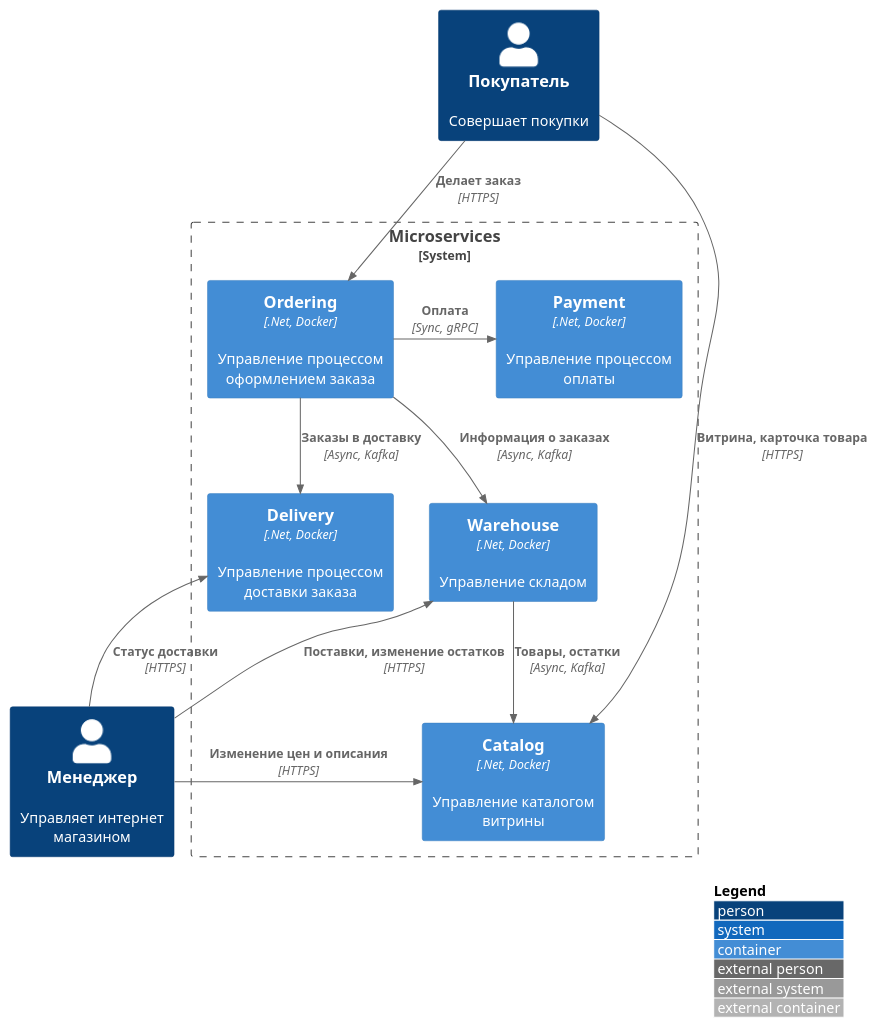
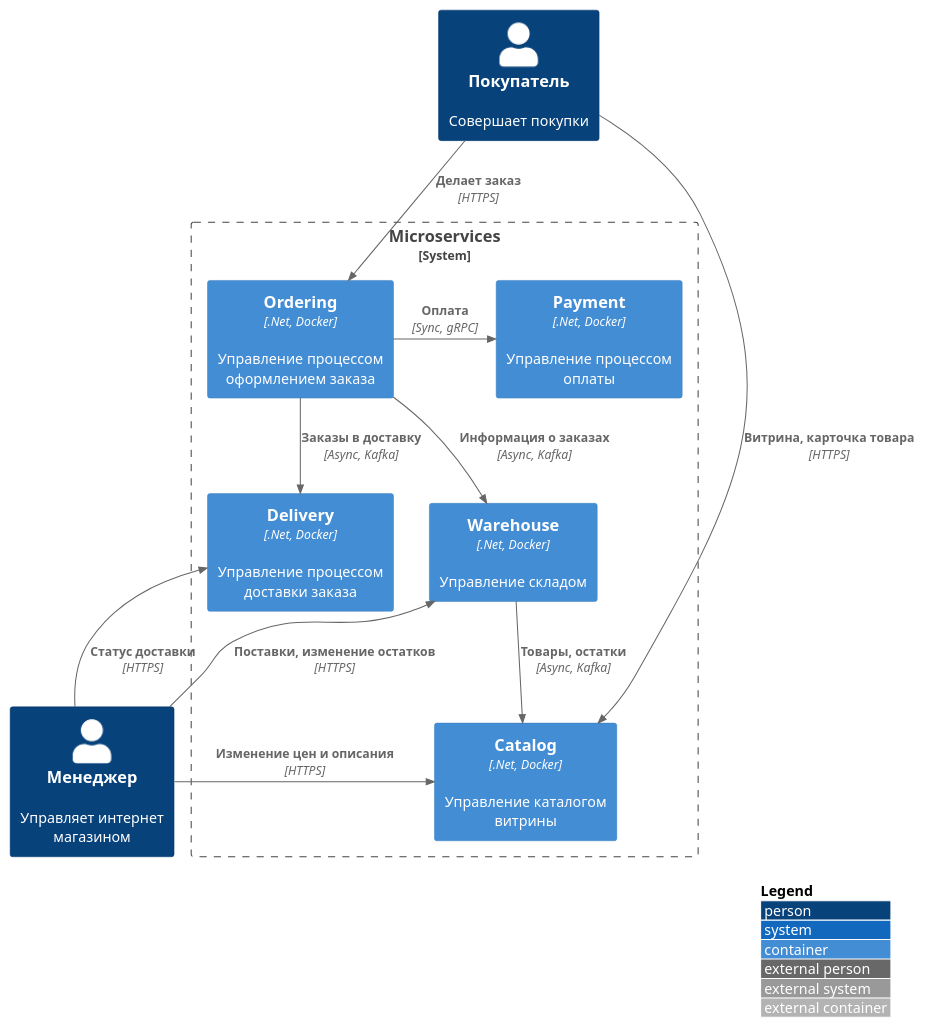
One commit to gerzhan/knigaexpert-system-design changed the third of 4 diagrams in README.md. Above: the diagram before and after it, drawn with PlantUML.

````diff
--- a/README.md
+++ b/README.md
@@ -102,32 +102,33 @@
 ```plantuml
 !include https://raw.githubusercontent.com/plantuml-stdlib/C4-PlantUML/master/C4_Container.puml
 
 skinparam wrapWidth 200
 skinparam maxMessageSize 200
 
 LAYOUT_TOP_DOWN()
 LAYOUT_WITH_LEGEND()
 
 Person(customer, Покупатель, "Совершает покупки")
 Person(manager, Менеджер, "Управляет интернет магазином")
 System_Boundary(microservices, "Microservices") {
   Container(ordering, "Ordering", ".Net, Docker", "Управление процессом оформлением заказа")
   Rel(customer, ordering, "Делает заказ", "HTTPS")  
 
   Container(warehouse, "Warehouse", ".Net, Docker", "Управление складом")
   Rel(ordering, warehouse, "Информация о заказах", "Async, Kafka")
   Rel(manager, warehouse, "Поставки, изменение остатков", "HTTPS")
 
   Container(catalog, "Catalog", ".Net, Docker", "Управление каталогом витрины")
   Rel(warehouse, catalog, "Товары, остатки", "Async, Kafka")
   Rel(customer, catalog, "Витрина, карточка товара", "HTTPS")
   Rel_U(manager, catalog, "Изменение цен и описания", "HTTPS")
 
   Container(payment, "Payment", ".Net, Docker", "Управление процессом оплаты")
   Rel_R(ordering, payment, "Оплата", "Sync, gRPC")
 
   Container(delivery, "Delivery", ".Net, Docker", "Управление процессом доставки заказа")
   Rel(ordering, delivery, "Заказы в доставку", "Async, Kafka")
   Rel_U(manager, delivery, "Статус доставки", "HTTPS")
+  Lay_L(warehouse,manager)
 }
 ```
````
